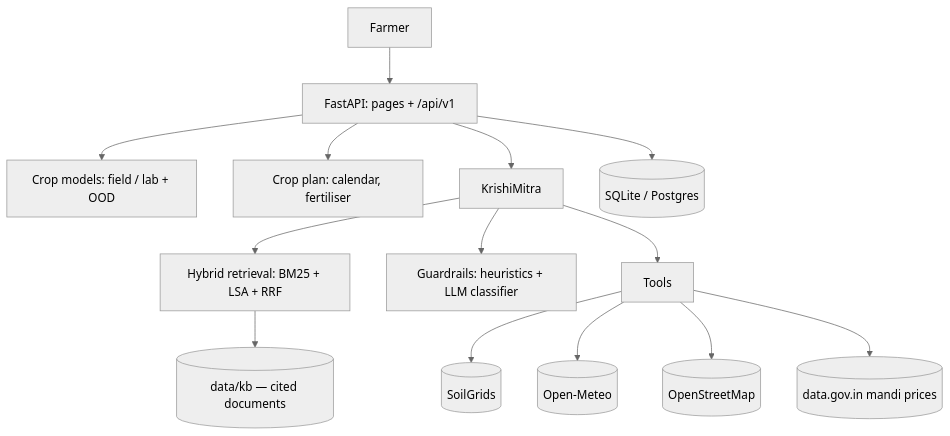
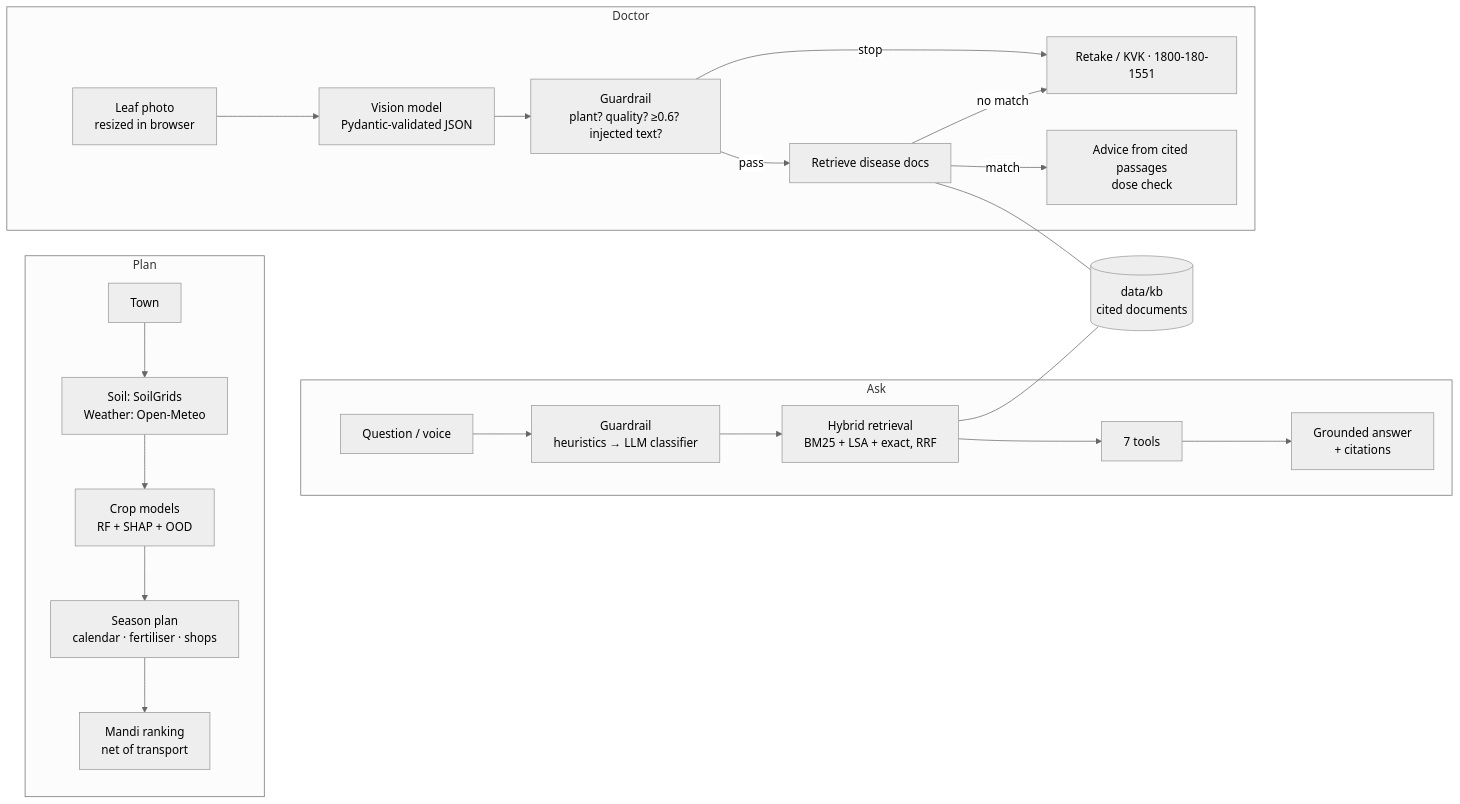
The diagram in README.md (jiyasiwach/cropwise), drawn with Mermaid (neutral theme) before and after one commit. The commit also changed other lines of this file and 6 other files, not shown here.

````diff
--- a/README.md
+++ b/README.md
@@ -107,16 +35,25 @@
 ```mermaid
-flowchart TD
-    F[Farmer] --> W[FastAPI: pages + /api/v1]
-    W --> M[Crop models: field / lab + OOD]
-    W --> P[Crop plan: calendar, fertiliser]
-    W --> K[KrishiMitra]
-    K --> R[Hybrid retrieval: BM25 + LSA + RRF]
-    R --> KB[(data/kb — cited documents)]
-    K --> G[Guardrails: heuristics + LLM classifier]
-    K --> T[Tools]
-    T --> S[(SoilGrids)]
-    T --> O[(Open-Meteo)]
-    T --> OSM[(OpenStreetMap)]
-    T --> A[(data.gov.in mandi prices)]
-    W --> DB[(SQLite / Postgres)]
+flowchart LR
+    subgraph Plan
+      T[Town] --> SW[Soil: SoilGrids<br/>Weather: Open-Meteo]
+      SW --> M[Crop models<br/>RF + SHAP + OOD]
+      M --> P[Season plan<br/>calendar · fertiliser · shops]
+      P --> MK[Mandi ranking<br/>net of transport]
+    end
+    subgraph Ask
+      Q[Question / voice] --> G1[Guardrail<br/>heuristics → LLM classifier]
+      G1 --> R[Hybrid retrieval<br/>BM25 + LSA + exact, RRF]
+      R --> TL[7 tools]
+      TL --> A[Grounded answer<br/>+ citations]
+    end
+    subgraph Doctor
+      PH[Leaf photo<br/>resized in browser] --> V[Vision model<br/>Pydantic-validated JSON]
+      V --> G2[Guardrail<br/>plant? quality? ≥0.6? injected text?]
+      G2 -->|pass| R2[Retrieve disease docs]
+      G2 -->|stop| H[Retake / KVK · 1800-180-1551]
+      R2 -->|match| D[Advice from cited passages<br/>dose check]
+      R2 -->|no match| H
+    end
+    R --- KB[(data/kb<br/>cited documents)]
+    R2 --- KB
 ```
````
